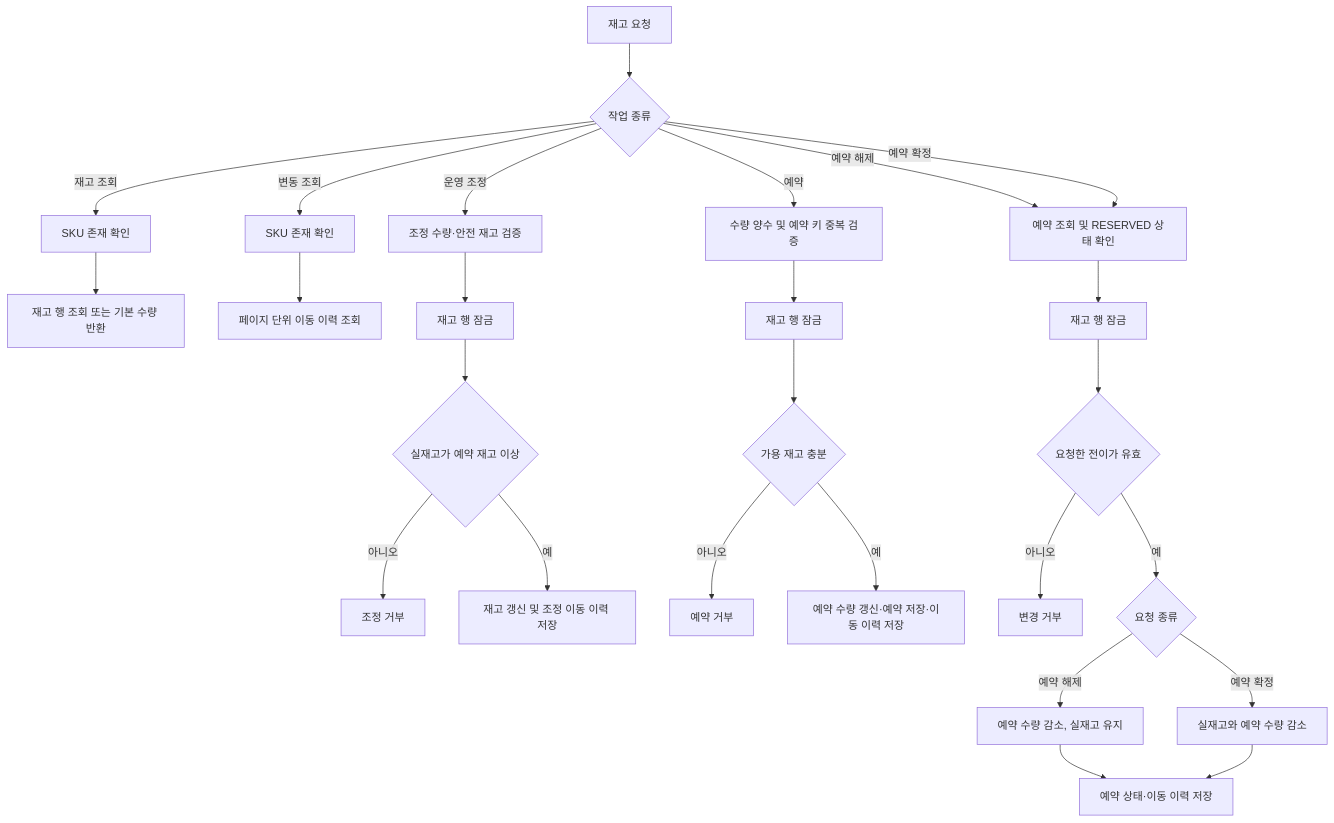
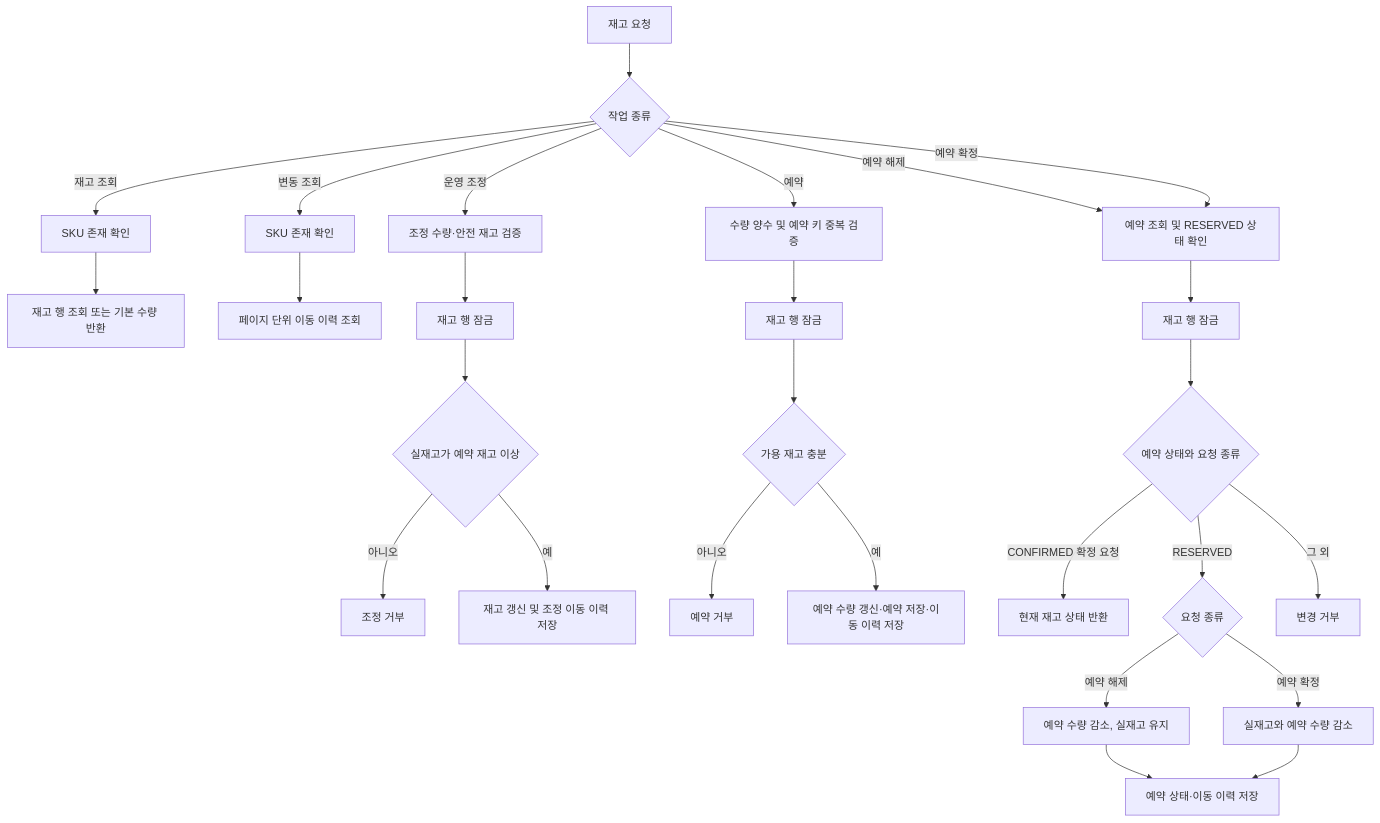
One commit to DongHyeonEom/umji-market-api changed the diagram in docs/services/inventory.md. Above: the diagram before and after it, drawn with Mermaid. The commit also changed other lines of this file and 35 other files, not shown here.

````diff
--- a/docs/services/inventory.md
+++ b/docs/services/inventory.md
@@ -13,28 +13,29 @@
 ```mermaid
 flowchart TD
     A[재고 요청] --> B{작업 종류}
     B -- 재고 조회 --> C[SKU 존재 확인]
     C --> D[재고 행 조회 또는 기본 수량 반환]
     B -- 변동 조회 --> C1[SKU 존재 확인]
     C1 --> D1[페이지 단위 이동 이력 조회]
     B -- 운영 조정 --> E[조정 수량·안전 재고 검증]
     E --> F[재고 행 잠금]
     F --> G{실재고가 예약 재고 이상}
     G -- 아니오 --> H[조정 거부]
     G -- 예 --> I[재고 갱신 및 조정 이동 이력 저장]
     B -- 예약 --> J[수량 양수 및 예약 키 중복 검증]
     J --> K[재고 행 잠금]
     K --> L{가용 재고 충분}
     L -- 아니오 --> M[예약 거부]
     L -- 예 --> N[예약 수량 갱신·예약 저장·이동 이력 저장]
     B -- 예약 해제 --> O[예약 조회 및 RESERVED 상태 확인]
     B -- 예약 확정 --> O
     O --> P[재고 행 잠금]
-    P --> Q{요청한 전이가 유효}
-    Q -- 아니오 --> R[변경 거부]
-    Q -- 예 --> S{요청 종류}
-    S -- 예약 해제 --> T[예약 수량 감소, 실재고 유지]
-    S -- 예약 확정 --> U[실재고와 예약 수량 감소]
-    T --> V[예약 상태·이동 이력 저장]
-    U --> V
+    P --> Q{예약 상태와 요청 종류}
+    Q -- CONFIRMED 확정 요청 --> R[현재 재고 상태 반환]
+    Q -- RESERVED --> S{요청 종류}
+    Q -- 그 외 --> T[변경 거부]
+    S -- 예약 해제 --> U[예약 수량 감소, 실재고 유지]
+    S -- 예약 확정 --> V[실재고와 예약 수량 감소]
+    U --> W[예약 상태·이동 이력 저장]
+    V --> W
 ```
````
